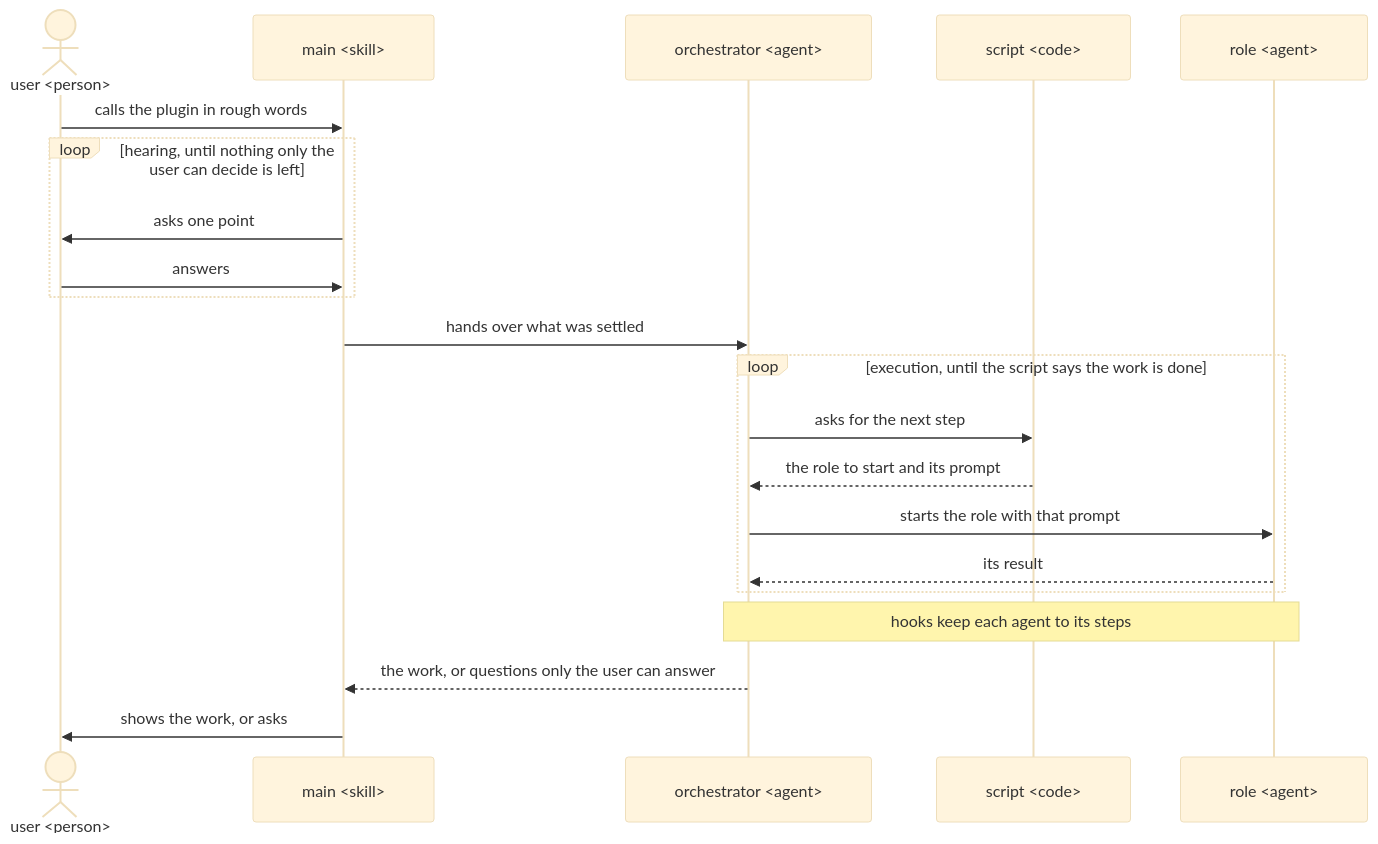
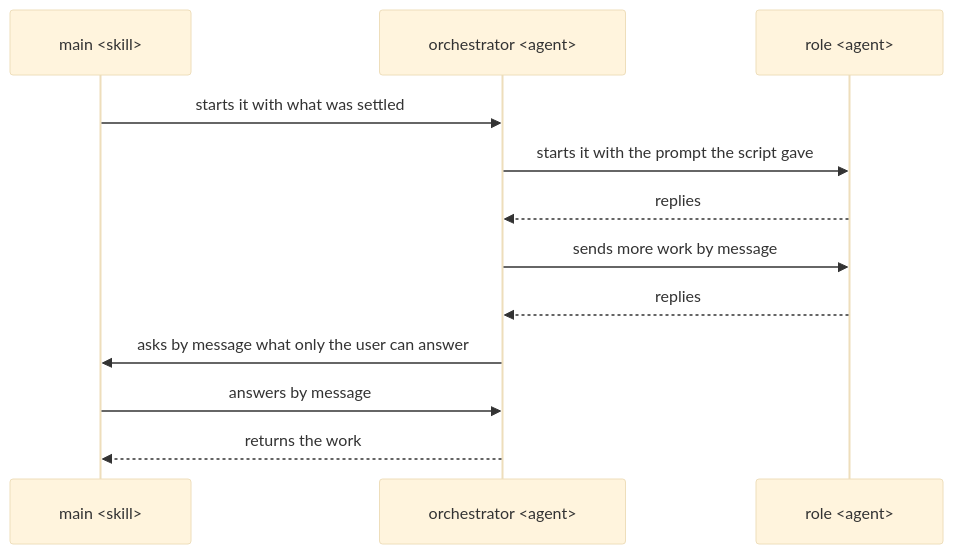
The second of 2 diagrams in dev/architecture.md (lovaizu/ccpm), drawn with Mermaid (base theme) before and after one commit. The commit also changed other lines of this file, not shown here.

First line of the commit message:
How a plugin works: who does what in one figure, then why each part is so, each with its source, for the user to read

````diff
--- a/dev/architecture.md
+++ b/dev/architecture.md
@@ -6,23 +93,14 @@
 ```mermaid
 sequenceDiagram
-  actor U as user #lt;person#gt;
   participant M as main #lt;skill#gt;
   participant O as orchestrator #lt;agent#gt;
-  participant S as script #lt;code#gt;
   participant R as role #lt;agent#gt;
-  U->>M: calls the plugin in rough words
-  loop hearing, until nothing only the user can decide is left
-    M->>U: asks one point
-    U->>M: answers
-  end
-  M->>O: hands over what was settled
-  loop execution, until the script says the work is done
-    O->>S: asks for the next step
-    S-->>O: the role to start and its prompt
-    O->>R: starts the role with that prompt
-    R-->>O: its result
-  end
-  Note over O,R: hooks keep each agent to its steps
-  O-->>M: the work, or questions only the user can answer
-  M->>U: shows the work, or asks
+  M->>O: starts it with what was settled
+  O->>R: starts it with the prompt the script gave
+  R-->>O: replies
+  O->>R: sends more work by message
+  R-->>O: replies
+  O->>M: asks by message what only the user can answer
+  M->>O: answers by message
+  O-->>M: returns the work
 ```
````
